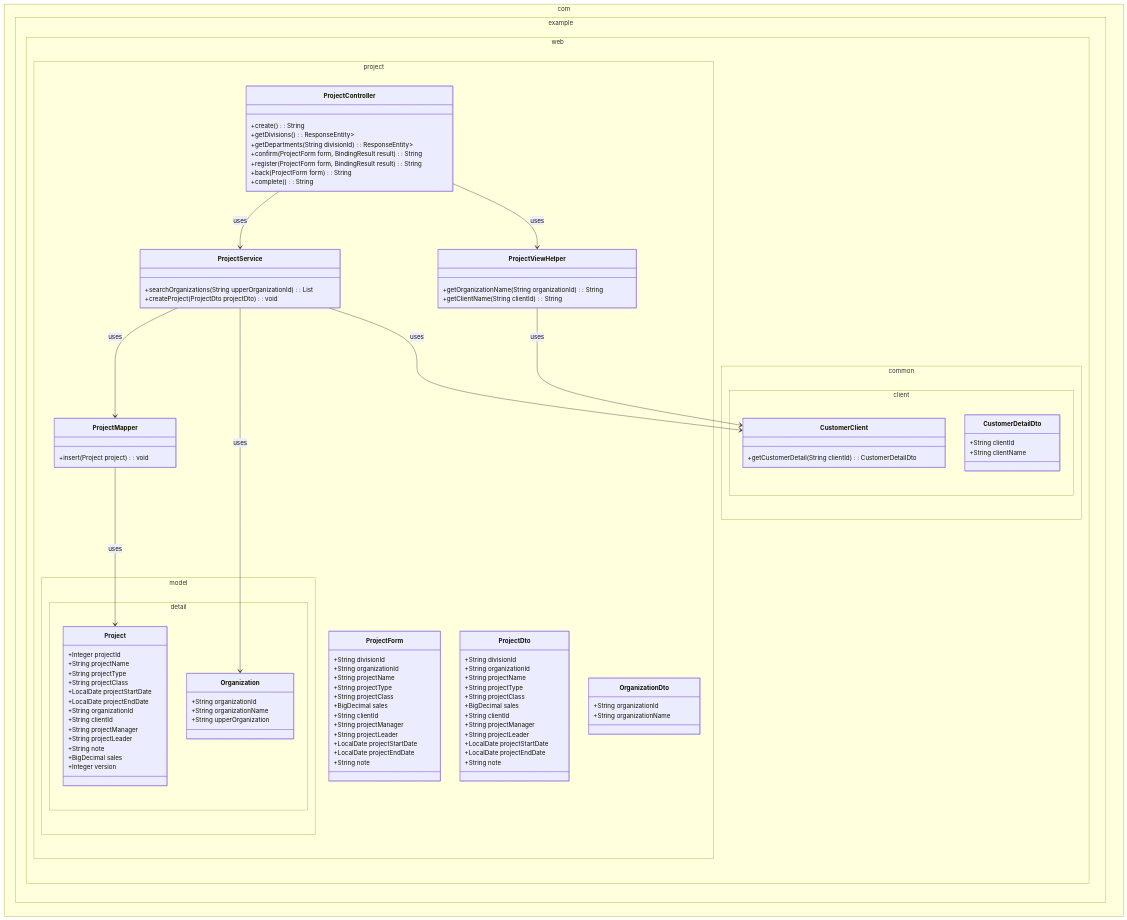
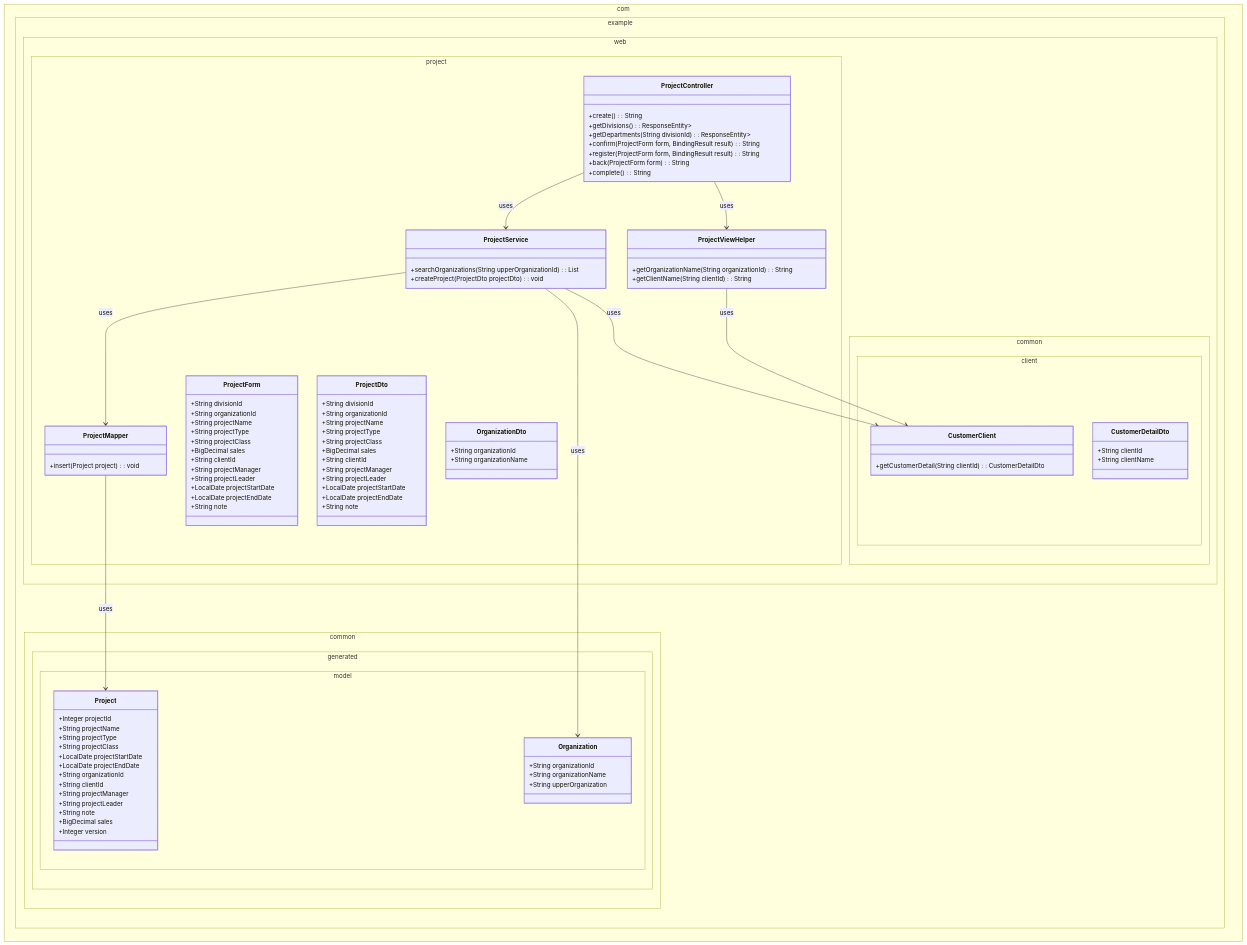
One commit to nagaoka-aya/rta-with-ai-2 changed the first of 7 diagrams in web/docs/plan/プロジェクト登録実装計画.md. Above: the diagram before and after it, drawn with Mermaid. The commit also changed other lines of this file and 7 other files, not shown here.

```diff
--- a/web/docs/plan/プロジェクト登録実装計画.md
+++ b/web/docs/plan/プロジェクト登録実装計画.md
@@ -69,7 +69,7 @@
         }
     }
 
-    namespace com.example.web.project.model.detail {
+    namespace com.example.common.generated.model {
         class Project {
             +Integer projectId
             +String projectName
```
